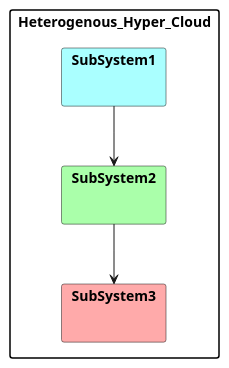
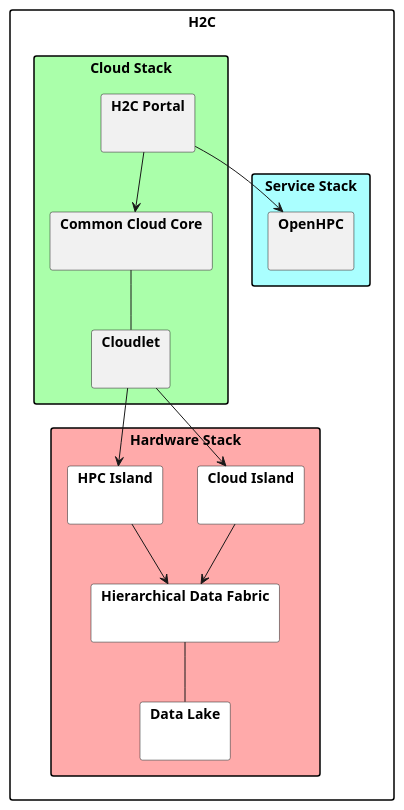
Before and after one commit to CAADE/H2C: the diagram in docs/Architecture.puml, drawn with PlantUML. The commit also changed other lines of this file and 282 other files, not shown here.

```diff
--- a/docs/Architecture.puml
+++ b/docs/Architecture.puml
@@ -1,18 +1,31 @@
 @startuml
 
 skinparam packageStyle rect
 
-package Heterogenous_Hyper_Cloud {
-package "SubSystem1" #aaffff {
-}
-package "SubSystem2" #aaffaa {
-}
-package "SubSystem3" #ffaaaa {
-}
+package H2C {
+    package "Service Stack" as SS #aaffff {
+      package "OpenHPC" as OHPC { }
+    }
+    package "Cloud Stack" as CS #aaffaa {
+      package "H2C Portal" as HP { }
+      package "Common Cloud Core" as C3 { }
+      package Cloudlet { }
+      C3 == Cloudlet
+    }
+    package "Hardware Stack" as HS #ffaaaa {
+      package "Cloud Island" as HCI #ffffff { }
+      package "HPC Island" as HHI #ffffff { }
+      package "Hierarchical Data Fabric" as HDF #ffffff { }
+      package "Data Lake" as HDL #ffffff { }
+      HCI --> HDF
+      HHI --> HDF
+      HDF == HDL
+    }
 }
 
-SubSystem1 --> SubSystem2
-SubSystem2 --> SubSystem3
-
+Cloudlet --> HCI
+Cloudlet --> HHI
+HP --> C3
+HP --> OHPC
 
 @enduml
```
